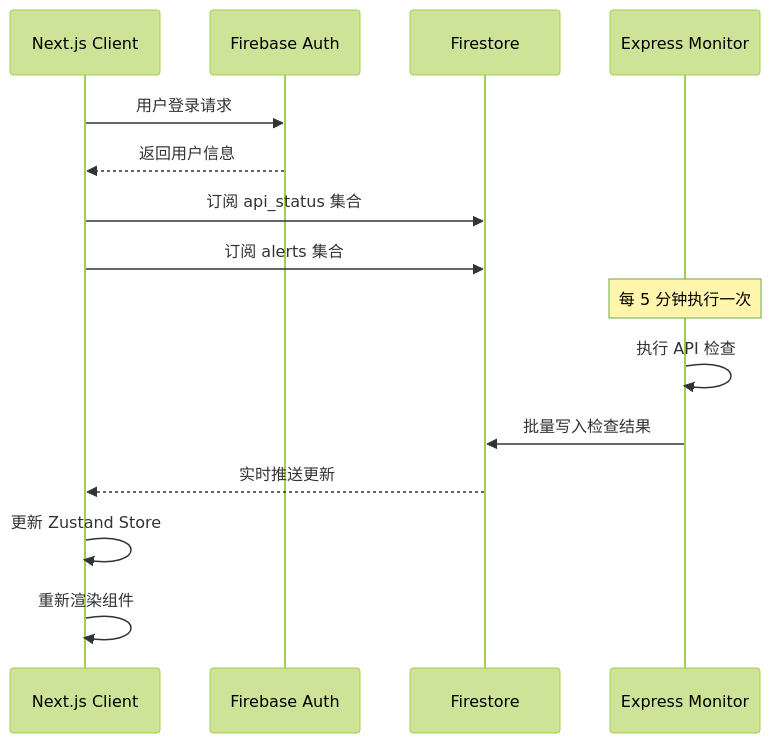
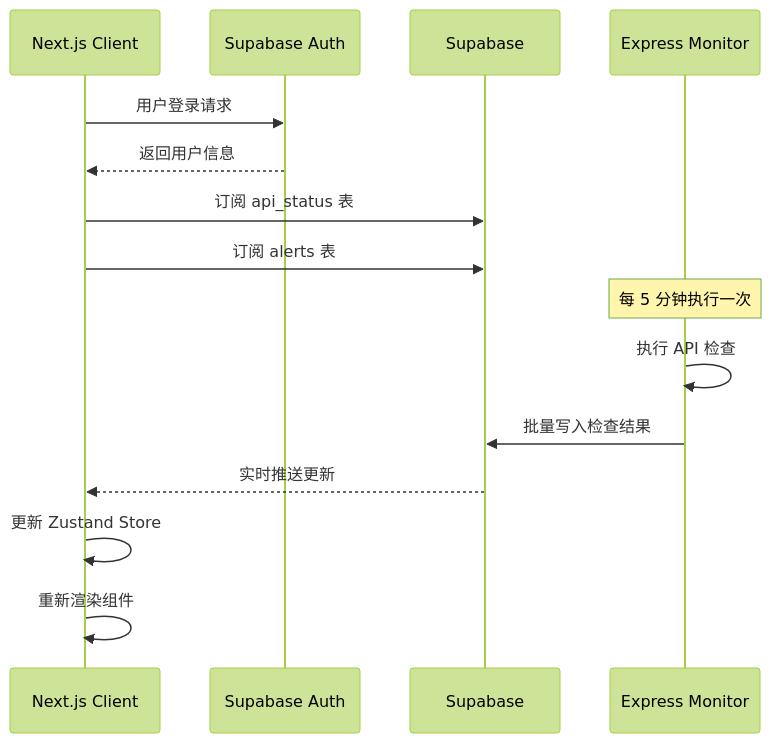
The seventh of 13 diagrams in openspec/architecture.md (AjaCHN/LLM-API-Sentinel), drawn with Mermaid (forest theme) before and after one commit. The commit also changed other lines of this file and 5 other files, not shown here.

First line of the commit message:
docs: 重构 openspec 规范文档，将 Firebase 引用更新为 Supabase

````diff
--- a/openspec/architecture.md
+++ b/openspec/architecture.md
@@ -265,21 +264,21 @@
 ```mermaid
 sequenceDiagram
     participant Client as Next.js Client
-    participant Auth as Firebase Auth
-    participant Firestore as Firestore
+    participant Auth as Supabase Auth
+    participant Supabase as Supabase
     participant Monitor as Express Monitor
     
     Client->>Auth: 用户登录请求
     Auth-->>Client: 返回用户信息
     
-    Client->>Firestore: 订阅 api_status 集合
-    Client->>Firestore: 订阅 alerts 集合
+    Client->>Supabase: 订阅 api_status 表
+    Client->>Supabase: 订阅 alerts 表
     
     Note over Monitor: 每 5 分钟执行一次
     Monitor->>Monitor: 执行 API 检查
-    Monitor->>Firestore: 批量写入检查结果
-    Firestore-->>Client: 实时推送更新
+    Monitor->>Supabase: 批量写入检查结果
+    Supabase-->>Client: 实时推送更新
     
     Client->>Client: 更新 Zustand Store
     Client->>Client: 重新渲染组件
 ```
````
